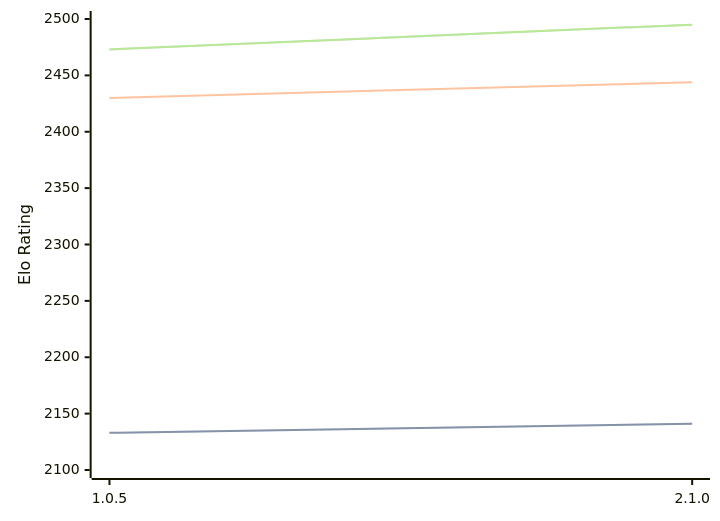
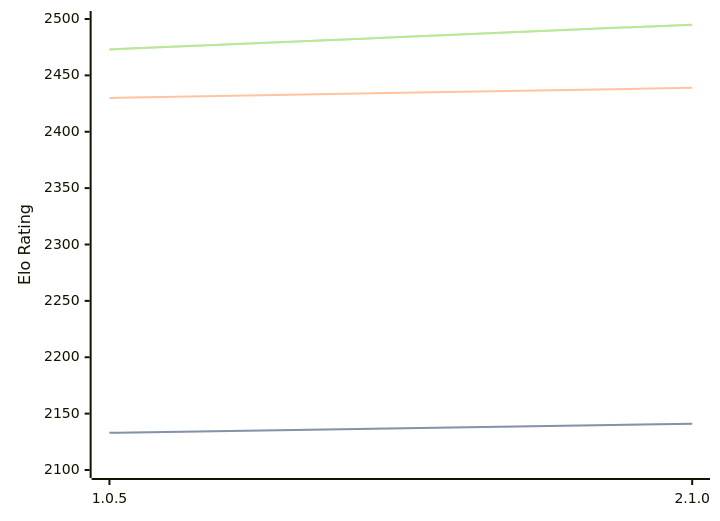
One commit to computer-chess-index/cci changed the first of 3 diagrams in engines/Ruffian.md. Above: the diagram before and after it, drawn with Mermaid. The commit also changed other lines of this file, not shown here.

````diff
--- a/engines/Ruffian.md
+++ b/engines/Ruffian.md
@@ -32,11 +32,11 @@
 ```mermaid
 %%{init: {"theme":"base","themeVariables":{"seriesColors:['#a3a3a3','#222221','#faa371']}}}%%
 xychart-beta
   x-axis ["1.0.5", "2.1.0"]
   y-axis "Elo Rating" 2100 --> 2500
   line "STC (8.0+0.08s)" [2133, 2141]
   line "STC (8.0+0.08s)" [2133, 2141]
-  line "LTC (60.0+0.60s)" [2430, 2444]
+  line "LTC (60.0+0.60s)" [2430, 2439]
   line "VLTC (2m24s+1.12s)" [2473, 2495]
   line "VLTC (2m24s+1.12s)" [2473, 2495]
 ```
````
